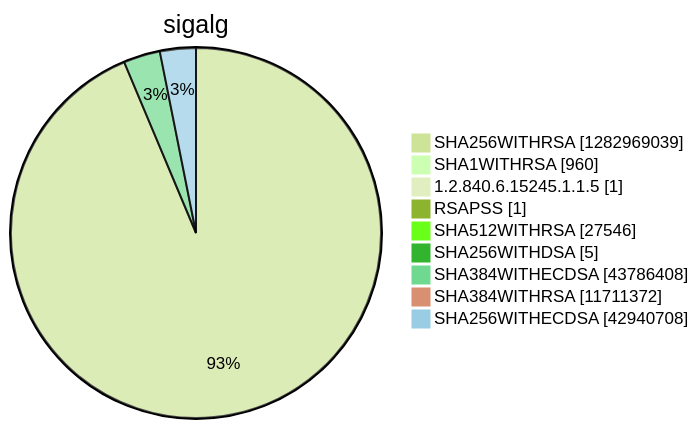
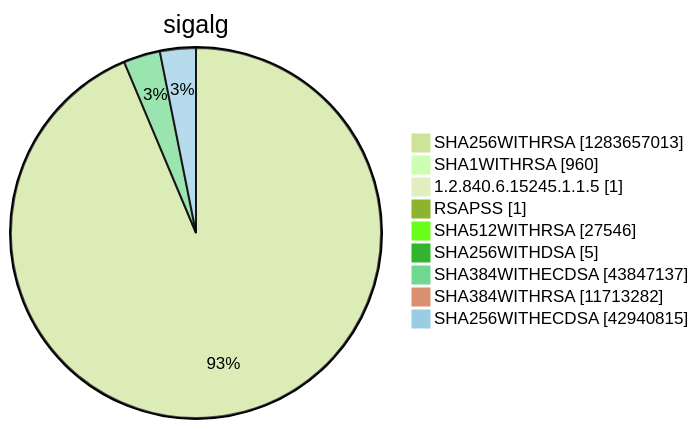
Before and after one commit to christiankrug/ctmonitor_visualization: diagram 15 of 15 in argon2022/README.md, drawn with Mermaid (forest theme). The commit also changed other lines of this file, not shown here.

````diff
--- a/argon2022/README.md
+++ b/argon2022/README.md
@@ -5523,13 +5523,13 @@
 ```mermaid
 pie showData
 title sigalg
-"SHA256WITHRSA" :1282969039
+"SHA256WITHRSA" :1283657013
 "SHA1WITHRSA" :960
 "1.2.840.6.15245.1.1.5" :1
 "RSAPSS" :1
 "SHA512WITHRSA" :27546
 "SHA256WITHDSA" :5
-"SHA384WITHECDSA" :43786408
-"SHA384WITHRSA" :11711372
-"SHA256WITHECDSA" :42940708
+"SHA384WITHECDSA" :43847137
+"SHA384WITHRSA" :11713282
+"SHA256WITHECDSA" :42940815
 ```
````
